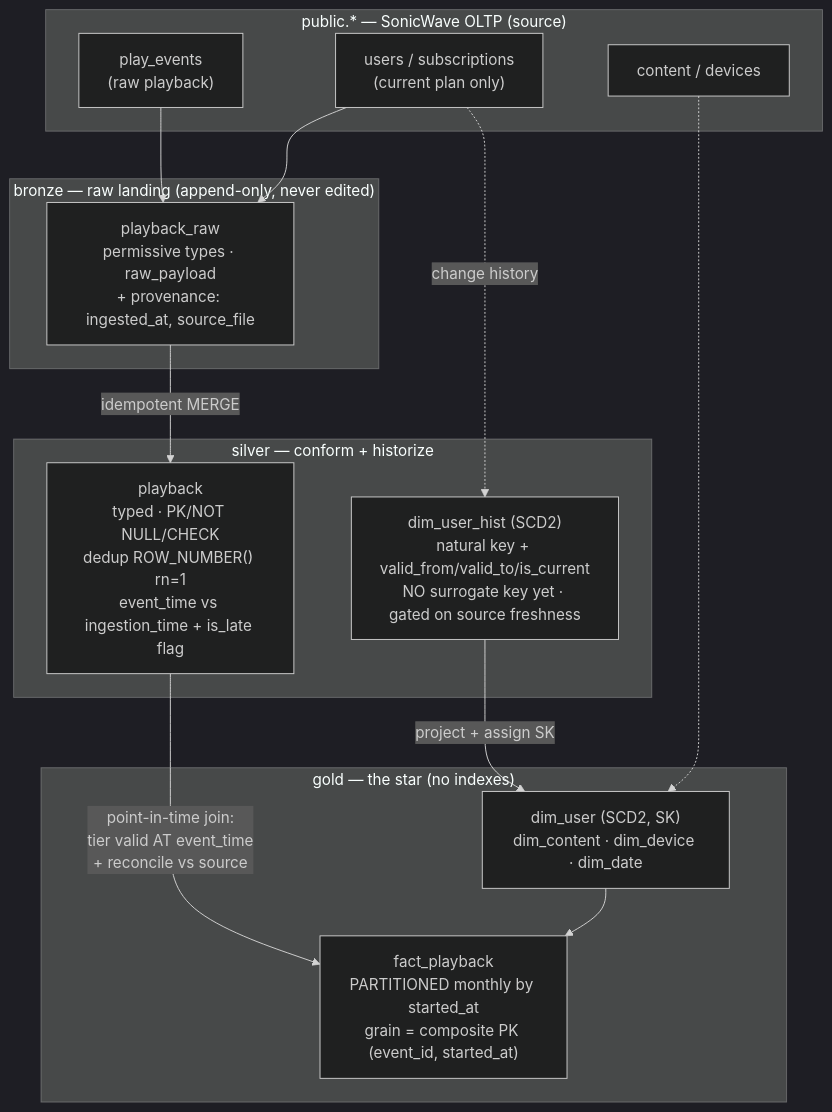
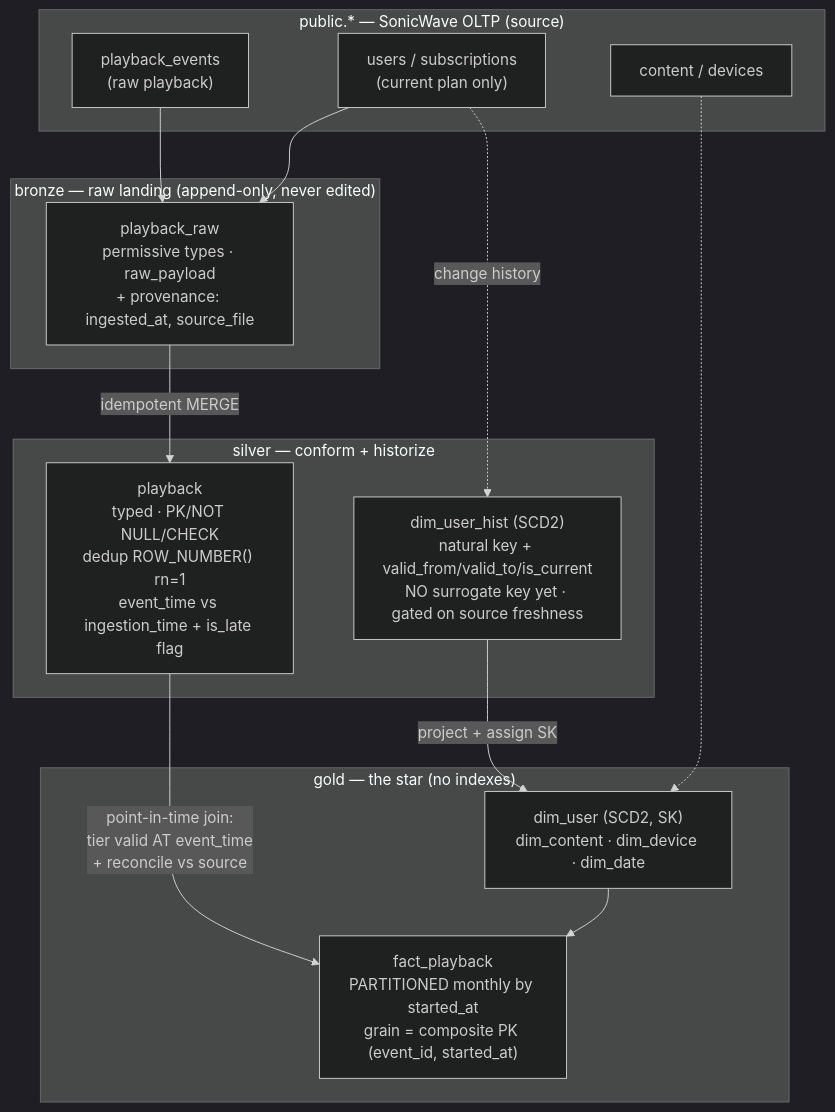
The second of 2 diagrams in docs/02_model_diagram.md (MatBry1337/DA_medallion_project), drawn with Mermaid (dark theme) before and after one commit. The commit also changed 2 other files, not shown here.

Commit message:
Make bronze landing idempotent and fix run docs (#5)
- bronze/01: create medallion schemas up front; guard the landing INSERT with
  NOT EXISTS so re-running appends nothing (Bronze stays append-only)
- README: query 02 is now a mutating demo (moved out of read-only list),
  schemas created by bronze/01, run order clarified
- docs/02: source table label playback_events (matches public.playback_events)

````diff
--- a/docs/02_model_diagram.md
+++ b/docs/02_model_diagram.md
@@ -64,31 +64,31 @@
 ```mermaid
 flowchart TD
     subgraph SRC["public.* — SonicWave OLTP (source)"]
-        S1["play_events<br/>(raw playback)"]
+        S1["playback_events<br/>(raw playback)"]
         S2["users / subscriptions<br/>(current plan only)"]
         S3["content / devices"]
     end
 
     subgraph BRONZE["bronze — raw landing (append-only, never edited)"]
         B1["playback_raw<br/>permissive types · raw_payload<br/>+ provenance: ingested_at, source_file"]
     end
 
     subgraph SILVER["silver — conform + historize"]
         V1["playback<br/>typed · PK/NOT NULL/CHECK<br/>dedup ROW_NUMBER() rn=1<br/>event_time vs ingestion_time + is_late flag"]
         V2["dim_user_hist (SCD2)<br/>natural key + valid_from/valid_to/is_current<br/>NO surrogate key yet · gated on source freshness"]
     end
 
     subgraph GOLD["gold — the star (no indexes)"]
         G1["dim_user (SCD2, SK)<br/>dim_content · dim_device · dim_date"]
         G2["fact_playback<br/>PARTITIONED monthly by started_at<br/>grain = composite PK (event_id, started_at)"]
     end
 
     S1 --> B1
     S2 --> B1
     B1 -->|"idempotent MERGE"| V1
     S2 -.->|"change history"| V2
     S3 -.-> G1
     V2 -->|"project + assign SK"| G1
     V1 -->|"point-in-time join:<br/>tier valid AT event_time<br/>+ reconcile vs source"| G2
     G1 --> G2
 ```
````
